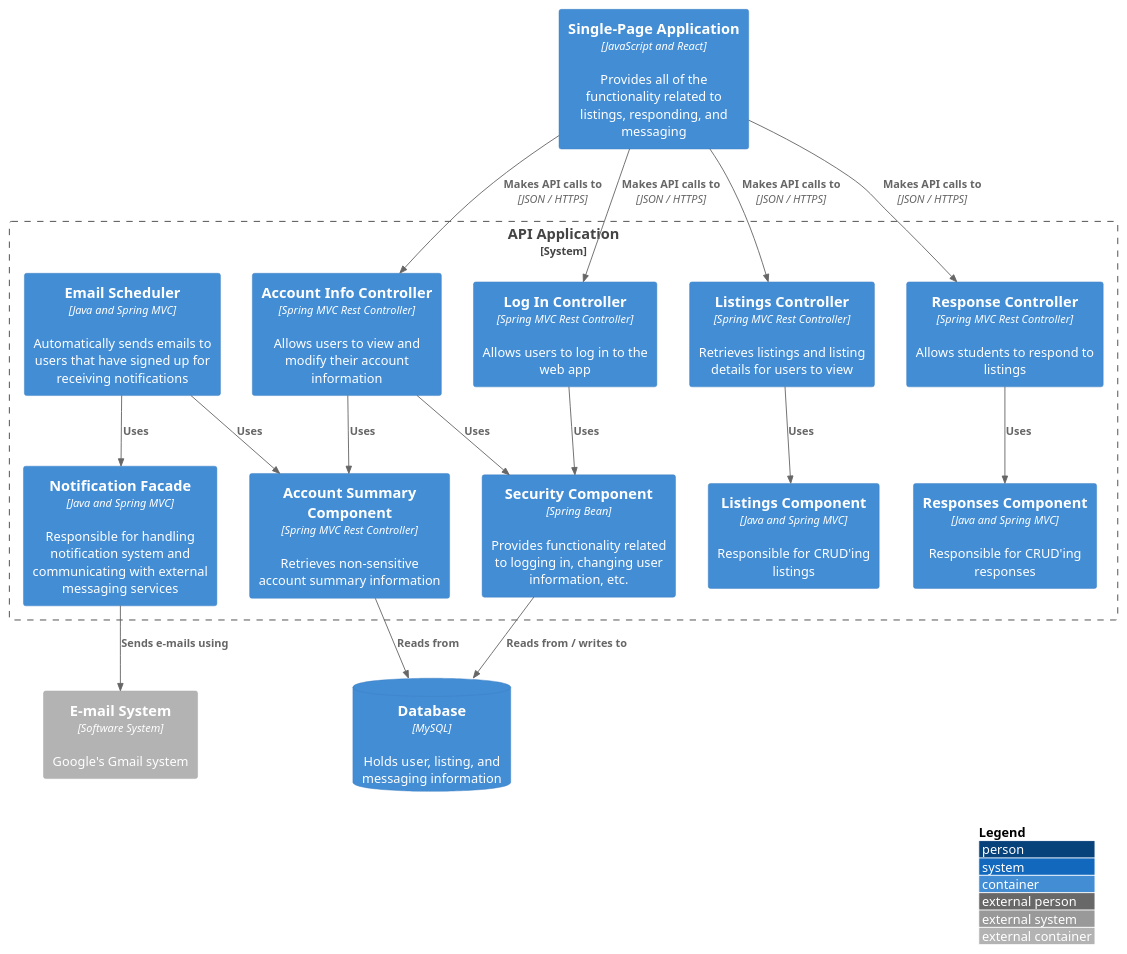
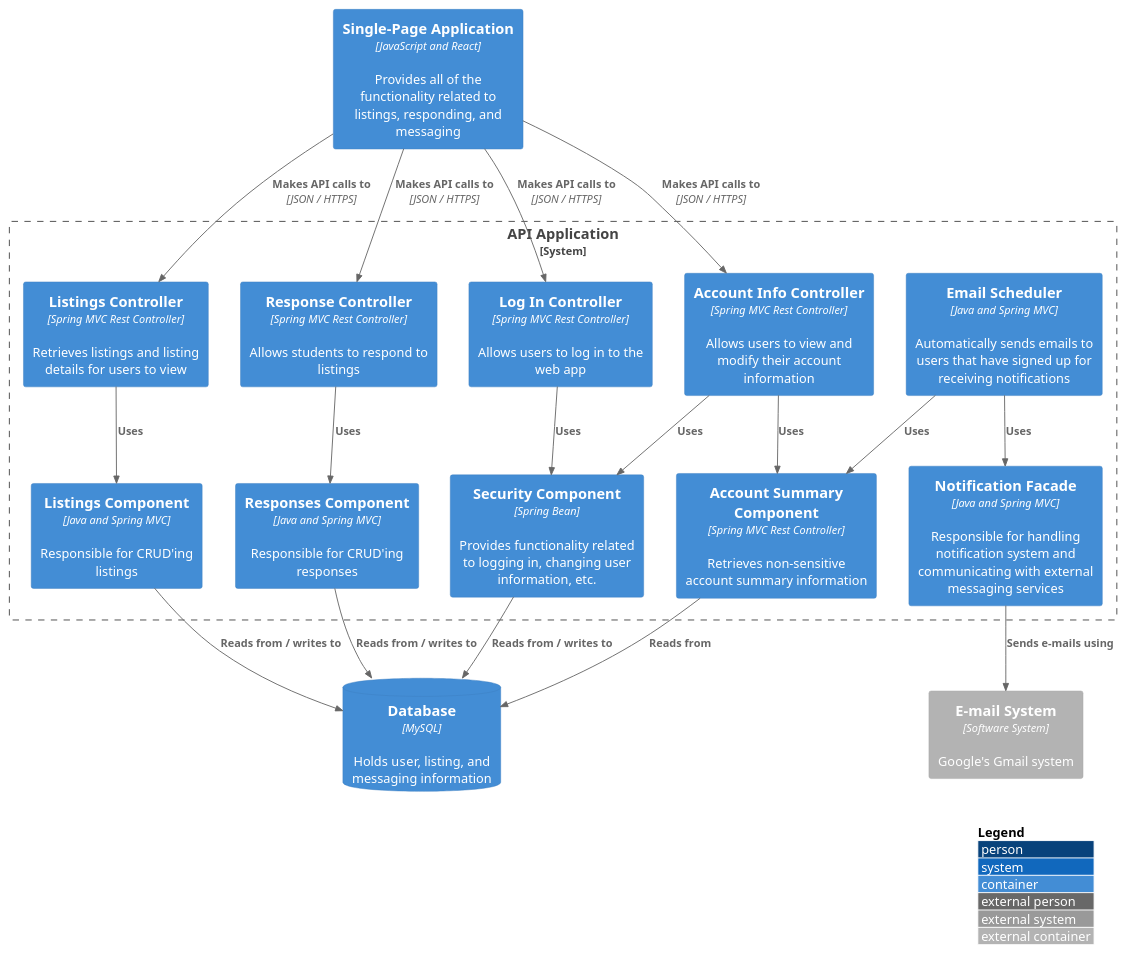
One commit to lex-kort/s3-roomies-backend changed the diagram in docs/uml-diagrams/c3-diagram.puml. Above: the diagram before and after it, drawn with PlantUML. The commit also changed 3 other files, not shown here.

Commit message:
- Update C1, C2, C3 diagrams - Add CORS for front-end

```diff
--- a/docs/uml-diagrams/c3-diagram.puml
+++ b/docs/uml-diagrams/c3-diagram.puml
@@ -1,44 +1,47 @@
 @startuml "C3 Diagram"
 !include https://raw.githubusercontent.com/plantuml-stdlib/C4-PlantUML/master/C4_Container.puml
 
 LAYOUT_WITH_LEGEND()
 
 AddRelTag("dashedLine", $lineStyle=DashedLine())
 
 Container(sp_app, "Single-Page Application", "JavaScript and React", "Provides all of the functionality related to listings, responding, and messaging")
 
 System_Boundary(c3, "API Application", "Container"){
-    Container(ctrl_accinfo, "Account Info Controller", "Spring MVC Rest Controller", "Allows users to view and modify their account information")
-    Container(ctrl_login, "Log In Controller", "Spring MVC Rest Controller", "Allows users to log in to the web app")
     Container(ctrl_listings, "Listings Controller", "Spring MVC Rest Controller", "Retrieves listings and listing details for users to view")
     Container(ctrl_respond, "Response Controller", "Spring MVC Rest Controller", "Allows students to respond to listings")
+    Container(ctrl_login, "Log In Controller", "Spring MVC Rest Controller", "Allows users to log in to the web app")
+    Container(ctrl_accinfo, "Account Info Controller", "Spring MVC Rest Controller", "Allows users to view and modify their account information")
+    
+    Container(comp_listings, "Listings Component", "Java and Spring MVC", "Responsible for CRUD'ing listings")
+    Container(comp_responses, "Responses Component", "Java and Spring MVC", "Responsible for CRUD'ing responses")
     Container(comp_security, "Security Component", "Spring Bean", "Provides functionality related to logging in, changing user information, etc.")
     Container(comp_accsummary, "Account Summary Component", "Spring MVC Rest Controller", "Retrieves non-sensitive account summary information")
+    Container(comp_notiffacade, "Notification Facade", "Java and Spring MVC", "Responsible for handling notification system and communicating with external messaging services")
     Container(comp_emailsched, "Email Scheduler", "Java and Spring MVC", "Automatically sends emails to users that have signed up for receiving notifications")
-    Container(comp_notiffacade, "Notification Facade", "Java and Spring MVC", "Responsible for handling notification system and communicating with external messaging services")
-    Container(comp_listings, "Listings Component", "Java and Spring MVC", "Responsible for CRUD'ing listings")
-    Container(comp_responses, "Responses Component", "Java and Spring MVC", "Responsible for CRUD'ing responses")
 }
 
 ContainerDb(db, "Database", "MySQL", "Holds user, listing, and messaging information")
 Container_Ext(mail_serv, "E-mail System", "Software System", "Google's Gmail system")
 
 Rel(sp_app, ctrl_login, "Makes API calls to", "JSON / HTTPS")
 Rel(sp_app, ctrl_listings, "Makes API calls to", "JSON / HTTPS")
 Rel(sp_app, ctrl_accinfo, "Makes API calls to", "JSON / HTTPS")
 Rel(sp_app, ctrl_respond, "Makes API calls to", "JSON / HTTPS")
 
 Rel(ctrl_login, comp_security, "Uses")
 Rel(ctrl_accinfo, comp_security, "Uses")
 Rel(ctrl_accinfo, comp_accsummary, "Uses")
 Rel(comp_emailsched, comp_accsummary, "Uses")
 Rel(comp_emailsched, comp_notiffacade, "Uses")
 Rel(ctrl_listings, comp_listings, "Uses")
 Rel(ctrl_respond, comp_responses, "Uses")
 
 Rel(comp_notiffacade, mail_serv, "Sends e-mails using")
 
-Rel_D(comp_security, db, "Reads from / writes to")
+Rel(comp_security, db, "Reads from / writes to")
 Rel(comp_accsummary, db, "Reads from")
+Rel(comp_listings, db, "Reads from / writes to")
+Rel(comp_responses, db, "Reads from / writes to")
 
 @enduml
```
